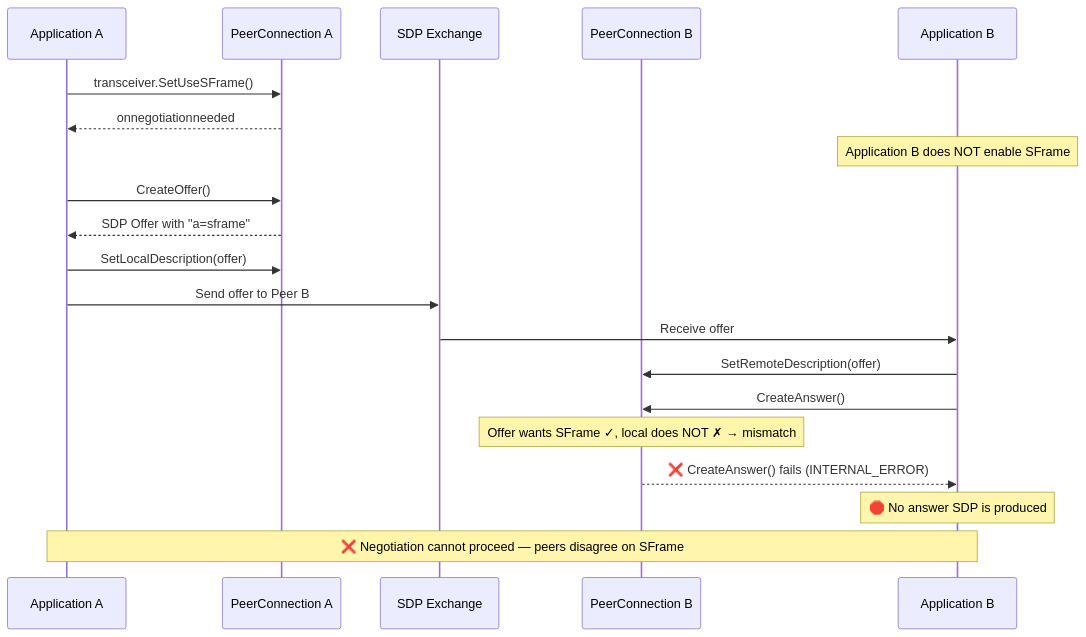
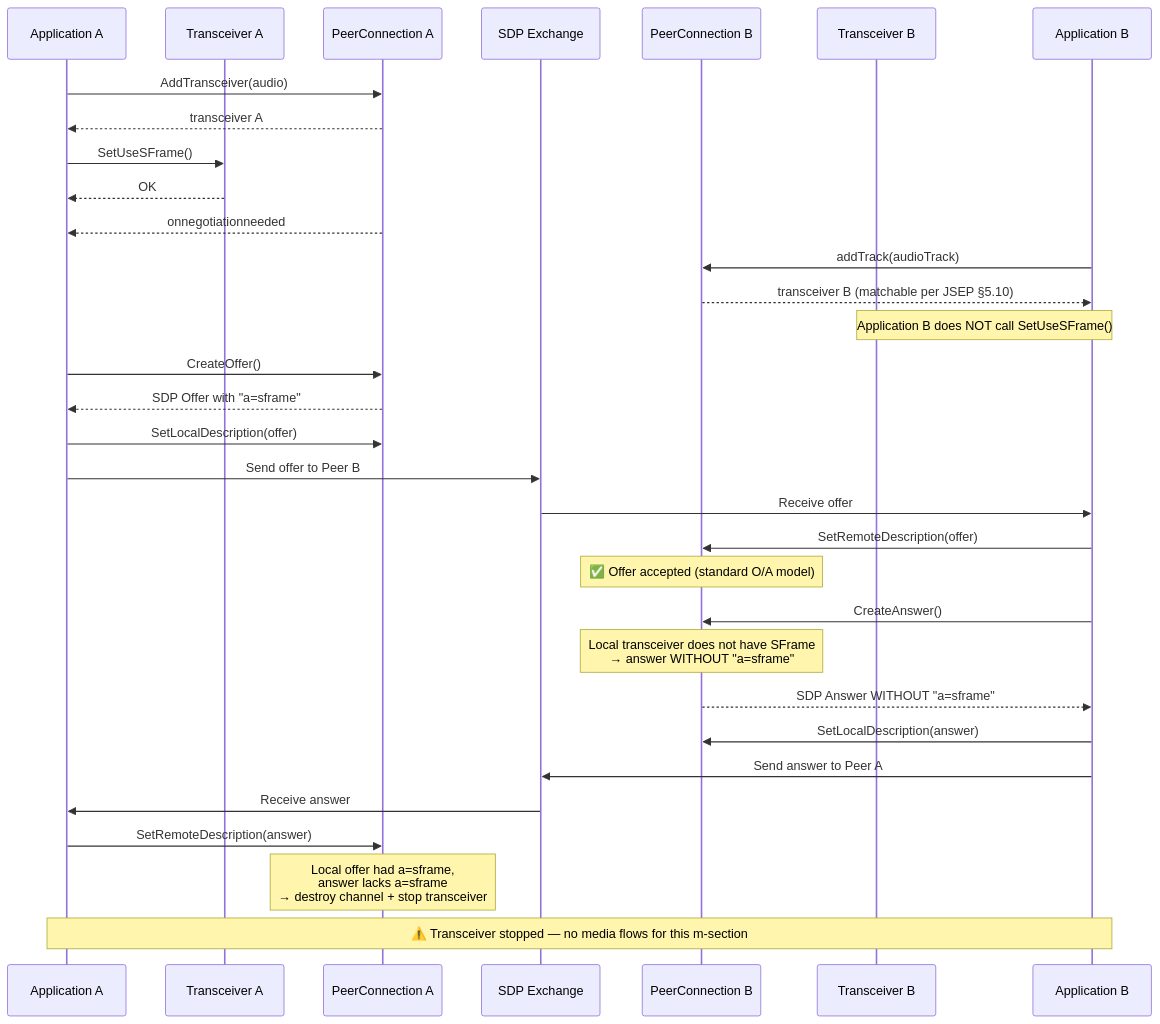
The second of 6 diagrams in negotiation.md (webex/webrtc-sframe), drawn with Mermaid before and after one commit. The commit also changed other lines of this file, not shown here.

````diff
--- a/negotiation.md
+++ b/negotiation.md
@@ -97,29 +140,43 @@
 ```mermaid
 sequenceDiagram
     participant AppA as Application A
+    participant TA as Transceiver A
     participant PCA as PeerConnection A
     participant SDP as SDP Exchange
     participant PCB as PeerConnection B
+    participant TB as Transceiver B
     participant AppB as Application B
 
-    AppA->>PCA: transceiver.SetUseSFrame()
+    AppA->>PCA: AddTransceiver(audio)
+    PCA-->>AppA: transceiver A
+    AppA->>TA: SetUseSFrame()
+    TA-->>AppA: OK
     PCA-->>AppA: onnegotiationneeded
 
-    Note over AppB: Application B does NOT enable SFrame
+    AppB->>PCB: addTrack(audioTrack)
+    PCB-->>AppB: transceiver B (matchable per JSEP §5.10)
+    Note over AppB,TB: Application B does NOT call SetUseSFrame()
 
     AppA->>PCA: CreateOffer()
     PCA-->>AppA: SDP Offer with "a=sframe"
 
     AppA->>PCA: SetLocalDescription(offer)
     AppA->>SDP: Send offer to Peer B
 
     SDP->>AppB: Receive offer
     AppB->>PCB: SetRemoteDescription(offer)
+    Note over PCB: ✅ Offer accepted (standard O/A model)
 
     AppB->>PCB: CreateAnswer()
-    Note over PCB: Offer wants SFrame ✓, local does NOT ✗ → mismatch
-    PCB-->>AppB: ❌ CreateAnswer() fails (INTERNAL_ERROR)
+    Note over PCB: Local transceiver does not have SFrame<br/>→ answer WITHOUT "a=sframe"
+    PCB-->>AppB: SDP Answer WITHOUT "a=sframe"
 
-    Note over AppB: 🛑 No answer SDP is produced
-    Note over AppA,AppB: ❌ Negotiation cannot proceed — peers disagree on SFrame
+    AppB->>PCB: SetLocalDescription(answer)
+    AppB->>SDP: Send answer to Peer A
+
+    SDP->>AppA: Receive answer
+    AppA->>PCA: SetRemoteDescription(answer)
+    Note over PCA: Local offer had a=sframe,<br/>answer lacks a=sframe<br/>→ destroy channel + stop transceiver
+
+    Note over AppA,AppB: ⚠️ Transceiver stopped — no media flows for this m-section
 ```
````
